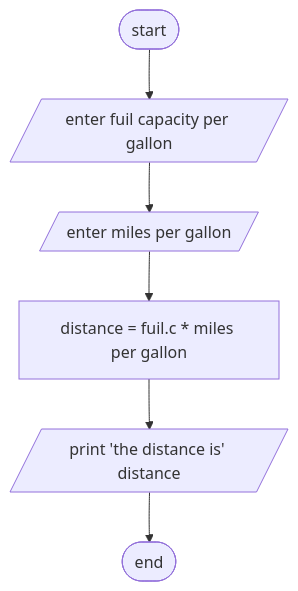
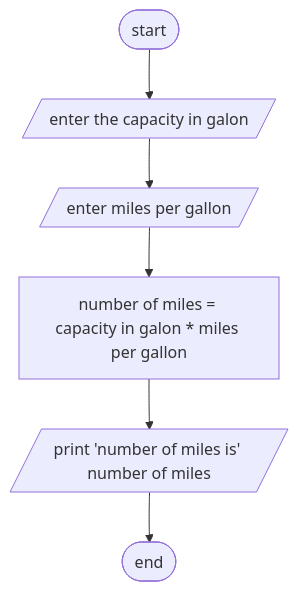
One commit to SWEG-2015EC-Batch/Codify changed the diagram in ETS1118_15_Philipos_Hailu/2nd year/Exercise 1/Q2 Distance problem/Analysis.md. Above: the diagram before and after it, drawn with Mermaid.

````diff
--- a/ETS1118_15_Philipos_Hailu/2nd year/Exercise 1/Q2 Distance problem/Analysis.md
+++ b/ETS1118_15_Philipos_Hailu/2nd year/Exercise 1/Q2 Distance problem/Analysis.md
@@ -16,8 +16,8 @@
 ```mermaid
 flowchart TD;
-A([start]) --> B[/enter fuil capacity per gallon/];
+A([start]) --> B[/enter the capacity in galon/];
 B --> C[/enter miles per gallon/];
-C --> D["distance = fuil.c * miles per gallon"];
-D --> E[/print 'the distance is' distance/];
+C --> D["number of miles = capacity in galon * miles per gallon"];
+D --> E[/print 'number of miles is' number of miles/];
 E --> F([end]);
 ```
````
